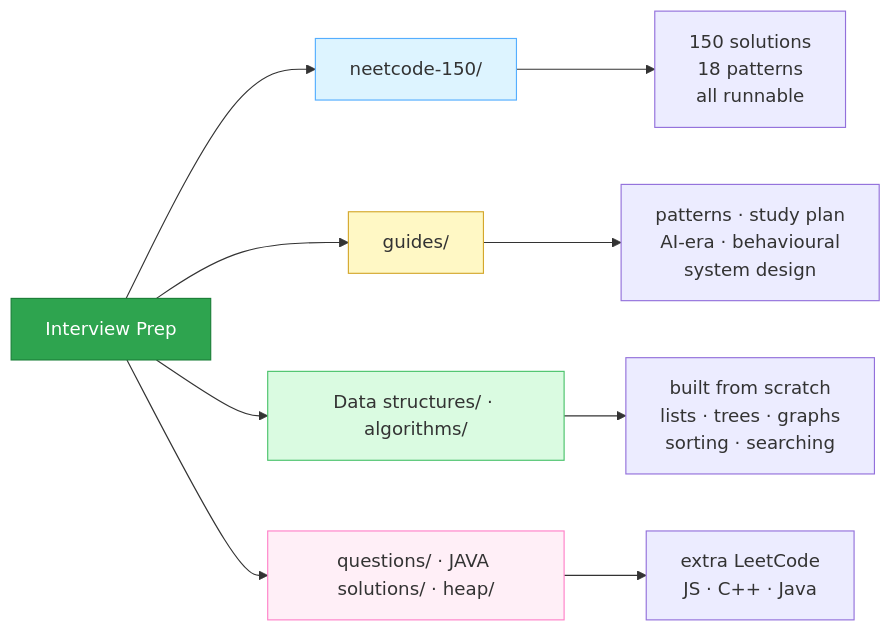
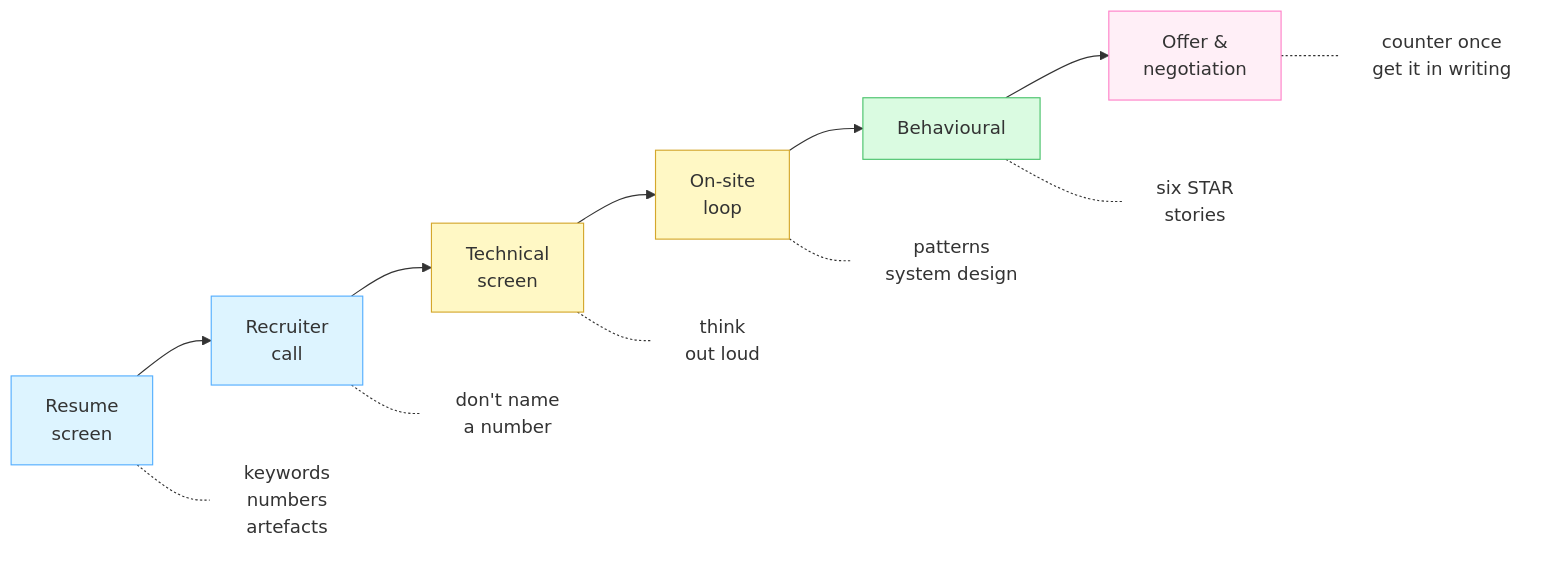
Before and after one commit to Saif64/Interview-prep: the diagram in README.md, drawn with Mermaid. The commit also changed other lines of this file and 159 other files, not shown here.

````diff
--- a/README.md
+++ b/README.md
@@ -59,18 +52,28 @@
 ```mermaid
 graph LR
-    A[Interview Prep] --> B[neetcode-150/]
-    A --> C[guides/]
-    A --> D[Data structures/ · algorithms/]
-    A --> E[questions/ · JAVA solutions/ · heap/]
+    A[Resume<br/>screen] --> B[Recruiter<br/>call]
+    B --> C[Technical<br/>screen]
+    C --> D[On-site<br/>loop]
+    D --> E[Behavioural]
+    E --> F[Offer &<br/>negotiation]
 
-    B --> B1["150 solutions<br/>18 patterns<br/>all runnable"]
-    C --> C1["patterns · study plan<br/>AI-era · behavioural<br/>system design"]
-    D --> D1["built from scratch<br/>lists · trees · graphs<br/>sorting · searching"]
-    E --> E1["extra LeetCode<br/>JS · C++ · Java"]
+    A -.- A1["keywords<br/>numbers<br/>artefacts"]
+    B -.- B1["don't name<br/>a number"]
+    C -.- C1["think<br/>out loud"]
+    D -.- D1["patterns<br/>system design"]
+    E -.- E1["six STAR<br/>stories"]
+    F -.- F1["counter once<br/>get it in writing"]
 
-    style A fill:#2ea44f,stroke:#1a7f37,color:#fff
+    style A fill:#ddf4ff,stroke:#54aeff
     style B fill:#ddf4ff,stroke:#54aeff
     style C fill:#fff8c5,stroke:#d4a72c
-    style D fill:#dafbe1,stroke:#4ac26b
-    style E fill:#ffeff7,stroke:#ff80c8
+    style D fill:#fff8c5,stroke:#d4a72c
+    style E fill:#dafbe1,stroke:#4ac26b
+    style F fill:#ffeff7,stroke:#ff80c8
+    style A1 fill:none,stroke:none
+    style B1 fill:none,stroke:none
+    style C1 fill:none,stroke:none
+    style D1 fill:none,stroke:none
+    style E1 fill:none,stroke:none
+    style F1 fill:none,stroke:none
 ```
````
